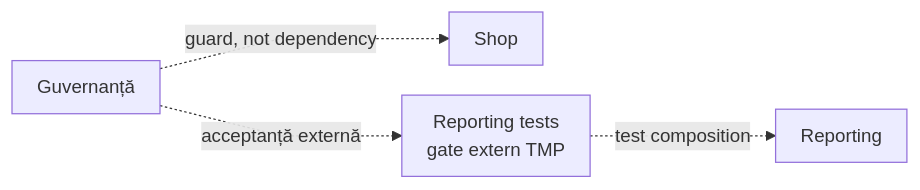
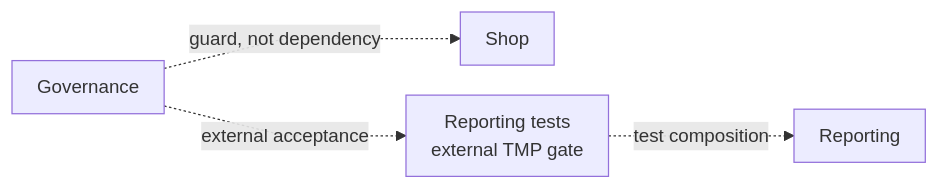
The second of 12 diagrams in docs/ATF_Architecture.md (crististefanita/atf_j1), drawn with Mermaid before and after one commit. The commit also changed other lines of this file and 83 other files, not shown here.

````diff
--- a/docs/ATF_Architecture.md
+++ b/docs/ATF_Architecture.md
@@ -90,7 +92,7 @@
 ```mermaid
 %%{init: {"themeVariables":{"fontSize":"15px"},"themeCSS":".nodeLabel, .nodeLabel p { font-size: 15px !important; line-height: 1.35 !important; } .edgeLabel, .edgeLabel p { font-size: 12px !important; font-weight: 400 !important; line-height: 1.2 !important; } .edgeLabel .labelBkg, .edgeLabel p { background: transparent !important; } .edgeLabel foreignObject { transform: translateY(-18px); overflow: visible; } .node rect { rx: 6px; ry: 6px; }","flowchart":{"curve":"linear","nodeSpacing":24,"rankSpacing":40,"padding":10,"diagramPadding":16}}}%%
 flowchart LR
-    Governance["Guvernanță"] -.->|guard, not dependency| Shop["Shop"]
-    Governance -.->|acceptanță externă| ReportingTests["Reporting tests<br/>gate extern TMP"]
+    Governance["Governance"] -.->|guard, not dependency| Shop["Shop"]
+    Governance -.->|external acceptance| ReportingTests["Reporting tests<br/>external TMP gate"]
     ReportingTests -.->|test composition| Reporting["Reporting"]
 ```
````
